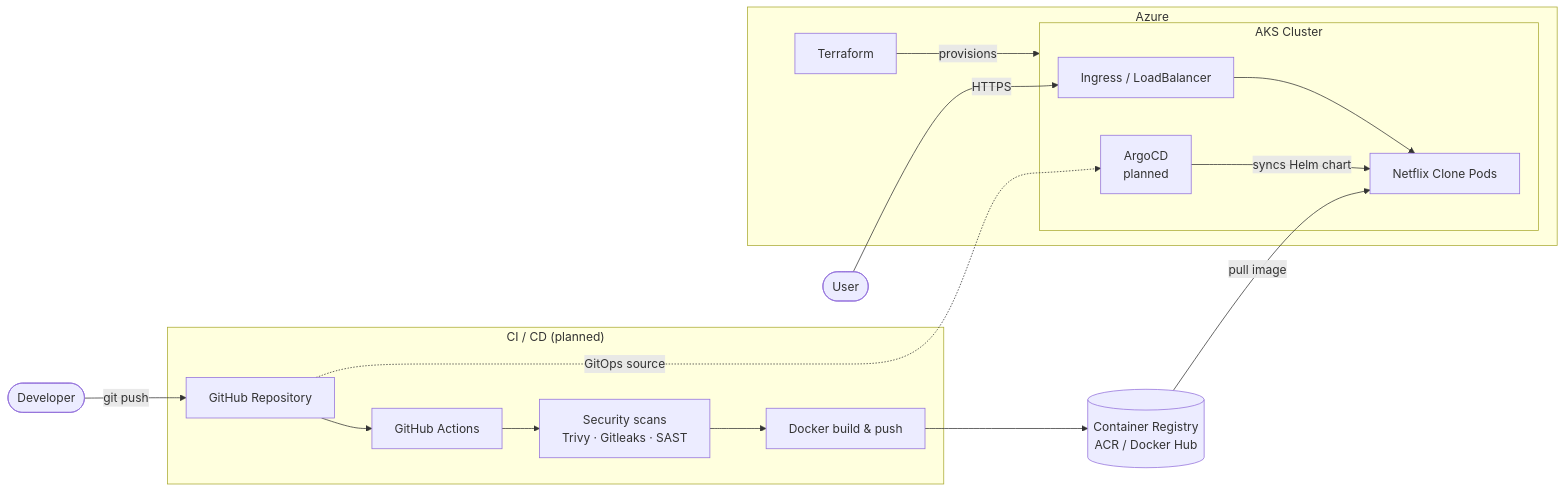
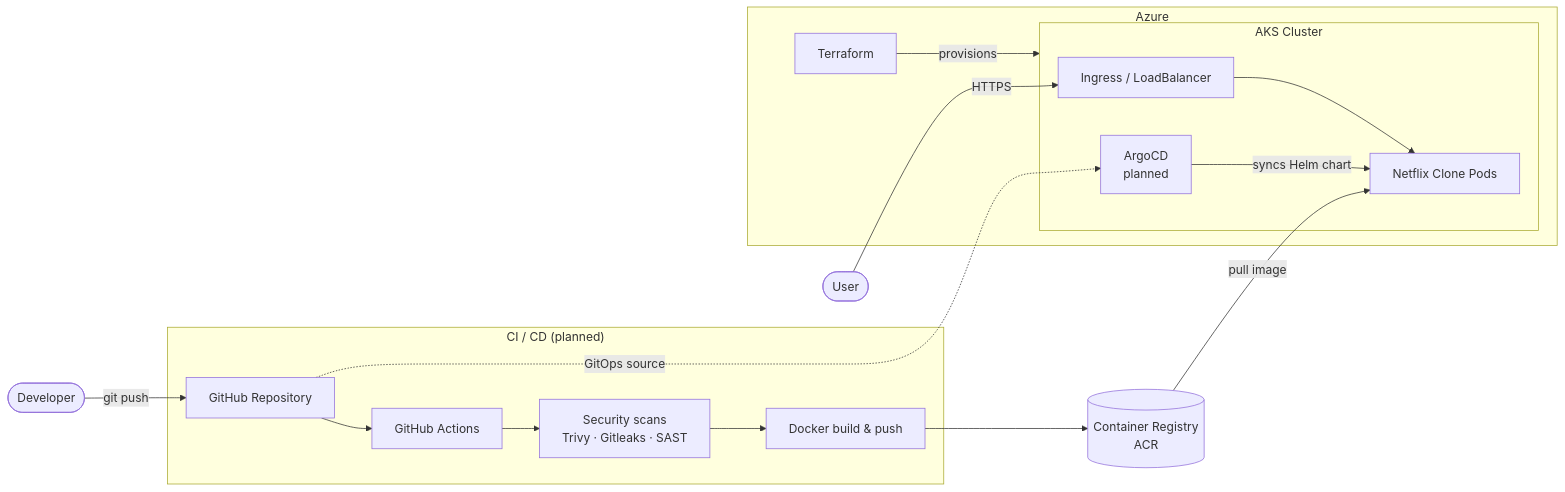
The diagram in README.md (EmirDaku/devsecops-netflix-clone), drawn with Mermaid before and after one commit.

Commit message:
Update container registry reference in README
Removed Docker Hub reference from container registry section.

````diff
--- a/README.md
+++ b/README.md
@@ -67,24 +67,24 @@
 ```mermaid
 flowchart LR
     Dev([Developer]) -->|git push| GH[GitHub Repository]
 
     subgraph CI["CI / CD  (planned)"]
         GH --> GA[GitHub Actions]
         GA --> Scan[Security scans<br/>Trivy · Gitleaks · SAST]
         Scan --> Build[Docker build & push]
     end
 
-    Build --> REG[(Container Registry<br/>ACR / Docker Hub)]
+    Build --> REG[(Container Registry<br/>ACR  )]
 
     subgraph Azure["Azure"]
         TF[Terraform] -->|provisions| AKS
         subgraph AKS["AKS Cluster"]
             ARGO[ArgoCD<br/>planned] -->|syncs Helm chart| APP[Netflix Clone Pods]
             ING[Ingress / LoadBalancer] --> APP
         end
     end
 
     GH -.->|GitOps source| ARGO
     REG -->|pull image| APP
     User([User]) -->|HTTPS| ING
 ```
````
